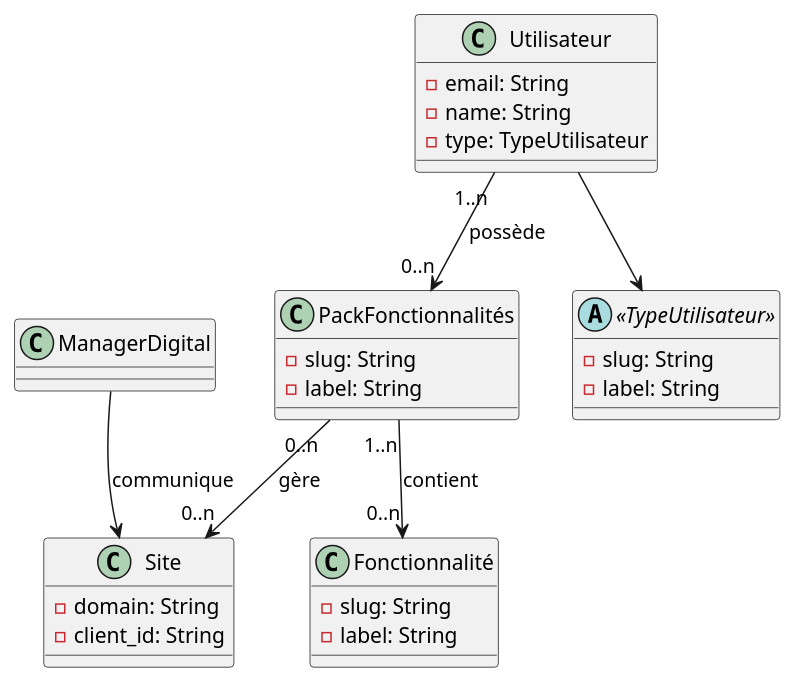
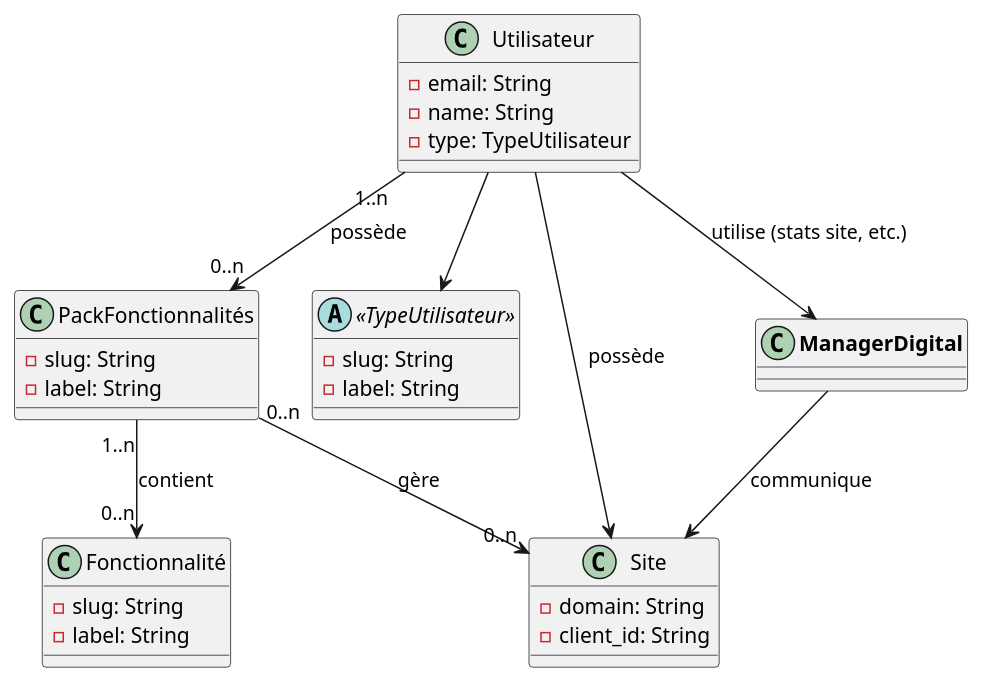
One commit to societe-e-ness/manager-digital changed the diagram in docs/uml/features_roles_explained.plantuml. Above: the diagram before and after it, drawn with PlantUML. The commit also changed 5 other files, not shown here.

```diff
--- a/docs/uml/features_roles_explained.plantuml
+++ b/docs/uml/features_roles_explained.plantuml
@@ -1,58 +1,60 @@
 @startuml
 /' class Aaa {
     -bbb : int
     +ccc : string
     #aa : float
     +void addEntry(mmm : Entry)
     +int setFactory(ddd : string)
 }
 class Factory {
     #fff : string
 }
 class Entry {
     -yyy : int
 }
 class Parent {
 }
 Aaa *--> "1..100" Entry : -entries
 Aaa o--> Factory : #factory
 Aaa o--> Parent : +parent '/
 
 class Fonctionnalité {
     - slug: String
     - label: String
 }
 
 class PackFonctionnalités {
     - slug: String
     - label: String
 }
 
 class Utilisateur {
     - email: String
     - name: String
     - type: TypeUtilisateur
 }
 
 abstract "<<TypeUtilisateur>>" as TypeUtilisateur {
     - slug: String
     - label: String
 }
 
 class Site {
     - domain: String 
     - client_id: String
 }
 
-class ManagerDigital {}
+class "**ManagerDigital**" as ManagerDigital {}
 
 ManagerDigital --> Site : communique 
 
 PackFonctionnalités "1..n" --> "0..n" Fonctionnalité : contient
 PackFonctionnalités "0..n" --> "0..n" Site : gère
 
 Utilisateur "1..n" --> "0..n" PackFonctionnalités : possède
 Utilisateur --> TypeUtilisateur
+Utilisateur --> Site : possède
+Utilisateur --> ManagerDigital : utilise (stats site, etc.)
 
 
 @enduml
```
